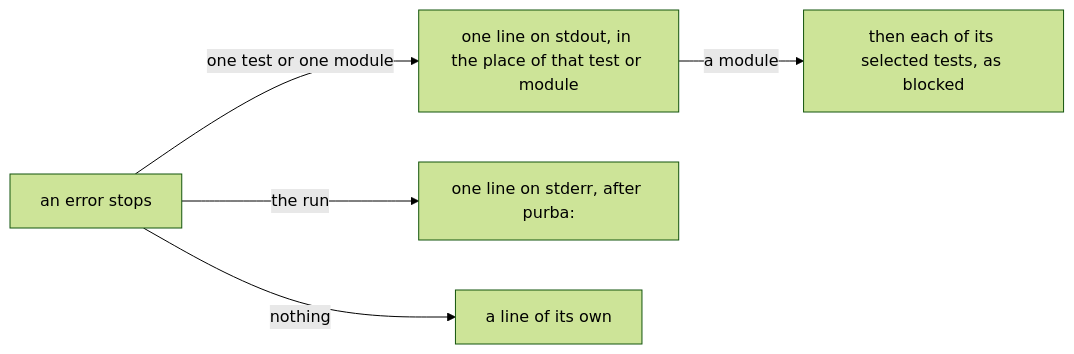
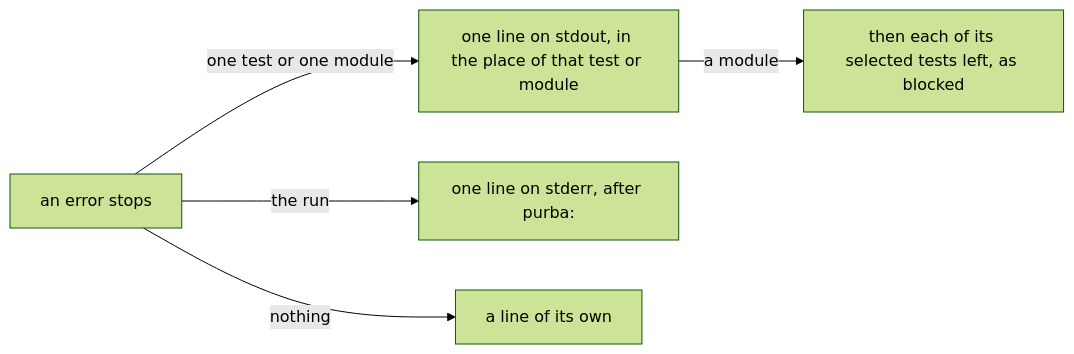
Before and after one commit to kalonji-tools/purba: the diagram in docs/decisions/a-line-names-its-kind-in-the-glossarys-words.md, drawn with Mermaid (forest theme). The commit also changed 25 other files, not shown here.

````diff
--- a/docs/decisions/a-line-names-its-kind-in-the-glossarys-words.md
+++ b/docs/decisions/a-line-names-its-kind-in-the-glossarys-words.md
@@ -38,7 +38,7 @@
   ```mermaid
   flowchart LR
     error[an error stops] -->|one test or one module| place[one line on stdout, in the place of that test or module]
-    place -->|a module| blocked[then each of its selected tests, as blocked]
+    place -->|a module| blocked[then each of its selected tests left, as blocked]
     error -->|the run| stderr["one line on stderr, after purba: "]
     error -->|nothing| own[a line of its own]
   ```
````
